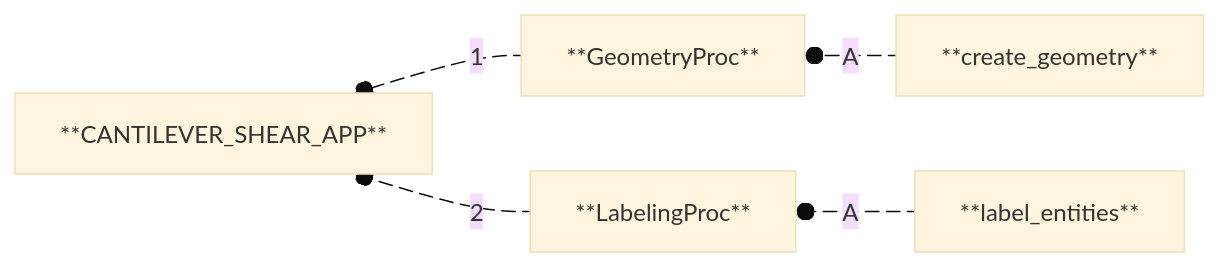
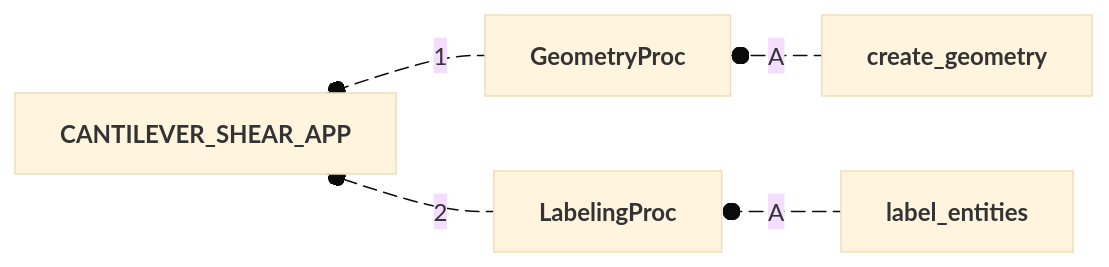
One commit to nuremics/sim-labs changed the first of 6 diagrams in src/nuremics_labs/apps/simulation/CANTILEVER_SHEAR_APP/README.md. Above: the diagram before and after it, drawn with Mermaid (base theme). The commit also changed other lines of this file, not shown here.

````diff
--- a/src/nuremics_labs/apps/simulation/CANTILEVER_SHEAR_APP/README.md
+++ b/src/nuremics_labs/apps/simulation/CANTILEVER_SHEAR_APP/README.md
@@ -14,11 +14,11 @@
 ```mermaid
 flowchart RL
-  **GeometryProc** e1@--1--o **CANTILEVER_SHEAR_APP**
-  **LabelingProc** e2@--2--o **CANTILEVER_SHEAR_APP**
-  **create_geometry** e3@--A--o **GeometryProc**
-  **label_entities** e4@--A--o **LabelingProc**
+  Proc1[<b>GeometryProc<b>] e1@--1--o App[<b>CANTILEVER_SHEAR_APP<b>]
+  Proc2[<b>LabelingProc<b>] e2@--2--o App
+  Op11[<b>create_geometry<b>] e3@--A--o Proc1
+  Op21[<b>label_entities<b>] e4@--A--o Proc2
   e1@{ animate: true }
   e2@{ animate: true }
   e3@{ animate: true }
   e4@{ animate: true }
 ```
````
